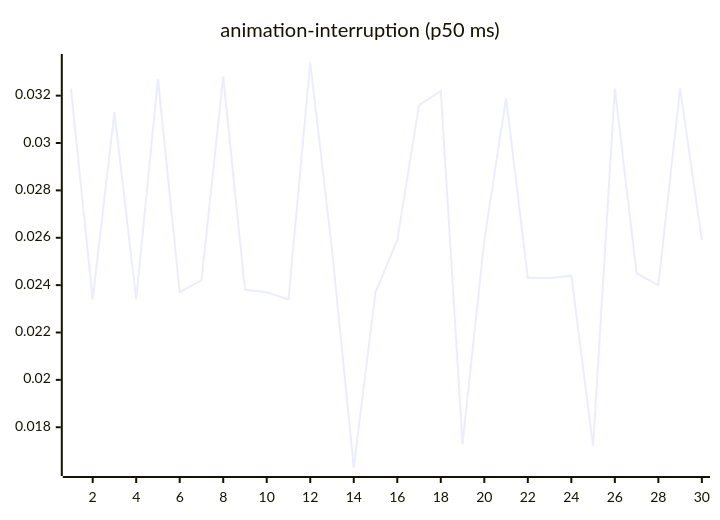
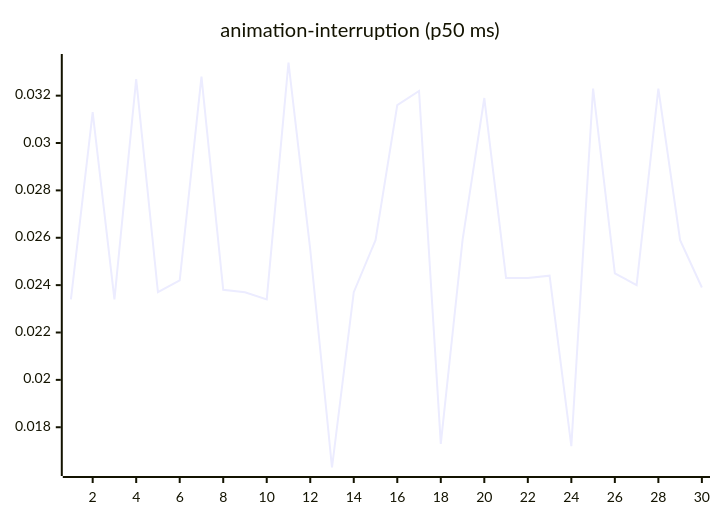
Before and after one commit to josha/Facet: the third of 27 diagrams in README.md, drawn with Mermaid. The commit also changed other lines of this file and 2 other files, not shown here.

````diff
--- a/README.md
+++ b/README.md
@@ -77,6 +77,6 @@
 ```mermaid
 xychart-beta
     title "animation-interruption (p50 ms)"
     x-axis 1 --> 30
-    line [0.0323, 0.0234, 0.0313, 0.0234, 0.0327, 0.0237, 0.0242, 0.0328, 0.0238, 0.0237, 0.0234, 0.0334, 0.0255, 0.0163, 0.0237, 0.0259, 0.0316, 0.0322, 0.0173, 0.0259, 0.0319, 0.0243, 0.0243, 0.0244, 0.0172, 0.0323, 0.0245, 0.0240, 0.0323, 0.0259]
+    line [0.0234, 0.0313, 0.0234, 0.0327, 0.0237, 0.0242, 0.0328, 0.0238, 0.0237, 0.0234, 0.0334, 0.0255, 0.0163, 0.0237, 0.0259, 0.0316, 0.0322, 0.0173, 0.0259, 0.0319, 0.0243, 0.0243, 0.0244, 0.0172, 0.0323, 0.0245, 0.0240, 0.0323, 0.0259, 0.0239]
 ```
````
